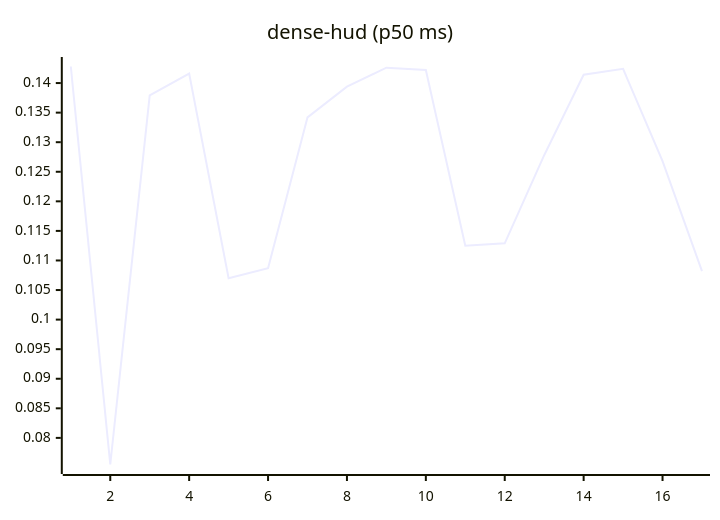
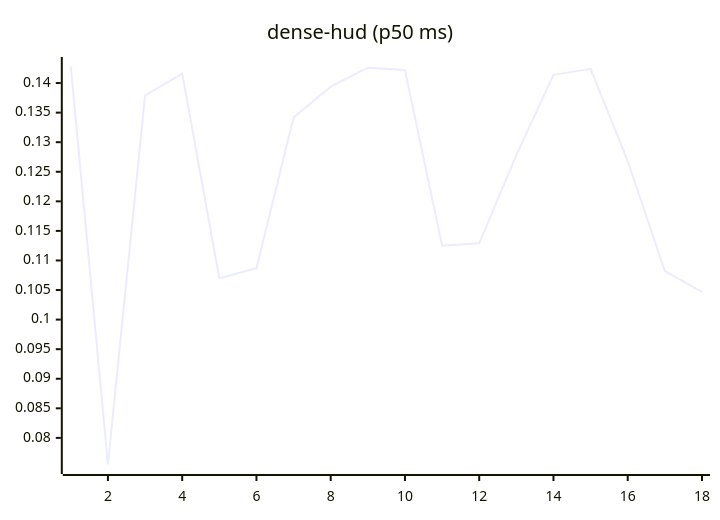
Before and after one commit to josha/Facet: the eighth of 27 diagrams in README.md, drawn with Mermaid. The commit also changed other lines of this file and 2 other files, not shown here.

````diff
--- a/README.md
+++ b/README.md
@@ -112,6 +112,6 @@
 ```mermaid
 xychart-beta
     title "dense-hud (p50 ms)"
-    x-axis 1 --> 17
-    line [0.1428, 0.0755, 0.1379, 0.1416, 0.1070, 0.1087, 0.1342, 0.1394, 0.1426, 0.1422, 0.1125, 0.1129, 0.1278, 0.1414, 0.1424, 0.1268, 0.1082]
+    x-axis 1 --> 18
+    line [0.1428, 0.0755, 0.1379, 0.1416, 0.1070, 0.1087, 0.1342, 0.1394, 0.1426, 0.1422, 0.1125, 0.1129, 0.1278, 0.1414, 0.1424, 0.1268, 0.1082, 0.1047]
 ```
````
